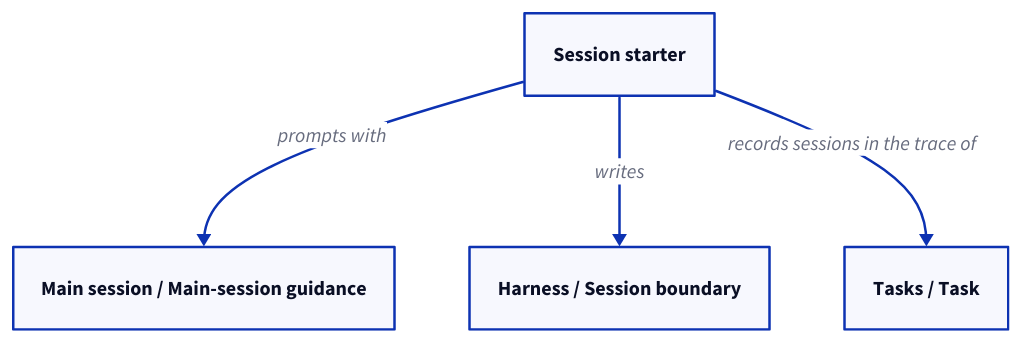
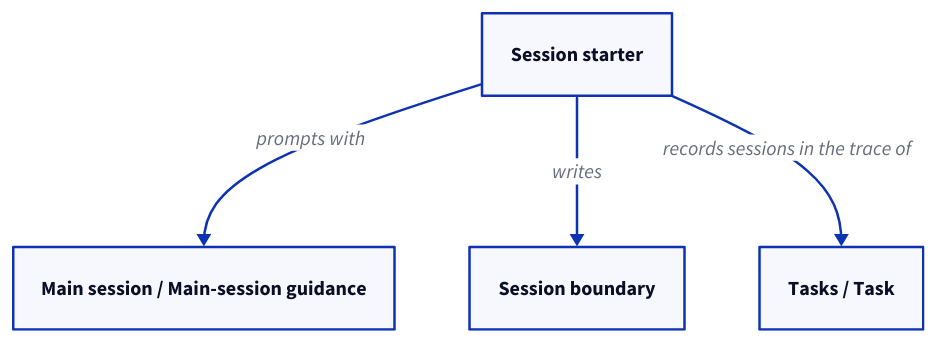
The fourth of 4 diagrams in specs/concorde/coordination/task-session/module.md (FTOD/concorde), drawn with D2 before and after one commit. The commit also changed other lines of this file and 109 other files, not shown here.

````diff
--- a/specs/concorde/coordination/task-session/module.md
+++ b/specs/concorde/coordination/task-session/module.md
@@ -446,9 +463,9 @@
 ```d2
 starter: Session starter
 guidance: Main session / Main-session guidance
-boundary: Harness / Session boundary
+boundary: Session boundary
 task: Tasks / Task
 starter -> guidance: prompts with
 starter -> boundary: writes
 starter -> task: records sessions in the trace of
 ```
````
